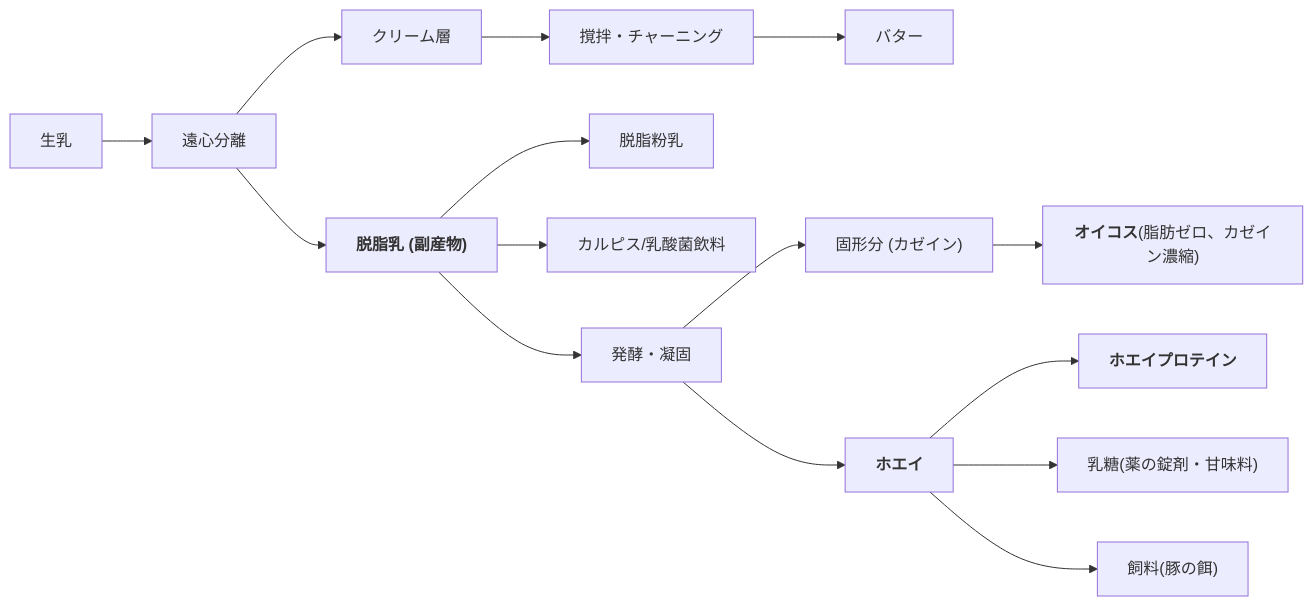
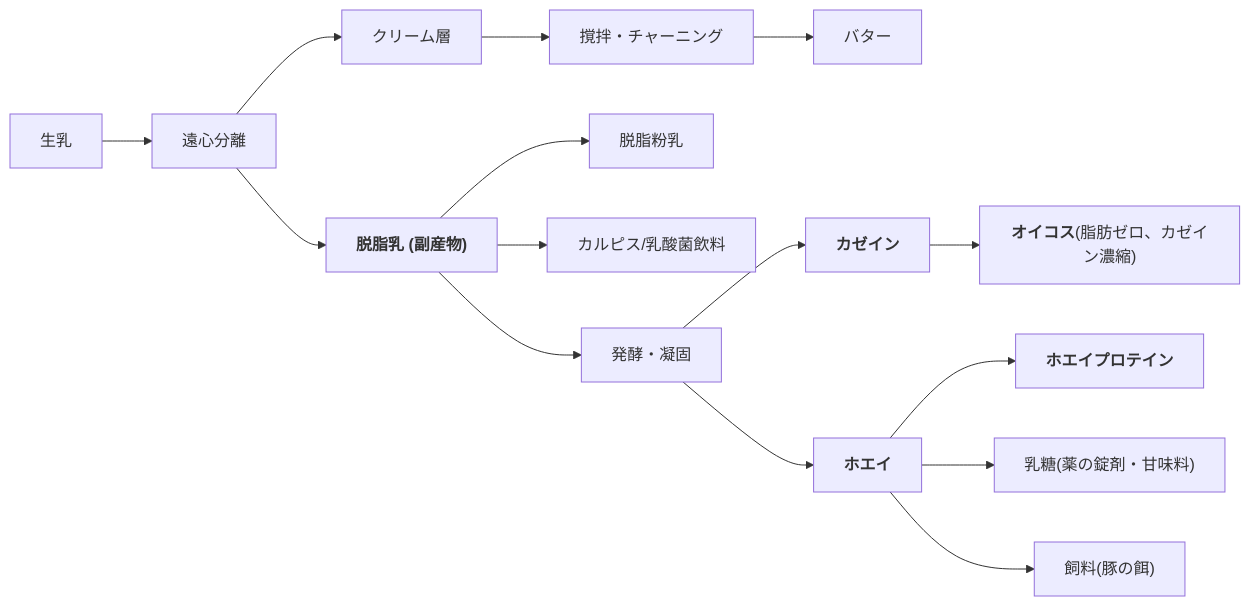
Before and after one commit to ussyi-git/-: the first of 2 diagrams in README.md, drawn with Mermaid.

````diff
--- a/README.md
+++ b/README.md
@@ -1,23 +1,23 @@
 ```mermaid
 graph LR
 Milk["生乳"]-->Separator["遠心分離"]
 %% --- クリーム側の流れ ---
 Separator-->Cream["クリーム層"]
 Cream-->ButterProcess["撹拌・チャーニング"]
 ButterProcess-->Butter["バター"]
 %% --- 脱脂乳側の流れ ---
 Separator-->SkimMilk["<b>脱脂乳 (副産物)</b>"]
 %% そのまま加工
 SkimMilk-->Powder["脱脂粉乳"]
 SkimMilk-->Calpis["カルピス/乳酸菌飲料"]
 %% 発酵プロセスへ
 SkimMilk-->Ferment["発酵・凝固"]
 %% 固形分（カゼイン）の行方
-Ferment-->Curd["固形分 (カゼイン)"]
+Ferment-->Curd["<b>カゼイン</b>"]
 Curd-->Oikos["<b>オイコス</b>(脂肪ゼロ、カゼイン濃縮)"]
 %% 液体（ホエイ）の行方
 Ferment-->Whey["<b>ホエイ</b>"]
 Whey-->WPC_WPI["<b>ホエイプロテイン</b>"]
 Whey-->Lactose["乳糖(薬の錠剤・甘味料)"]
 Whey-->Cooking["飼料(豚の餌)"]
 ```
````
